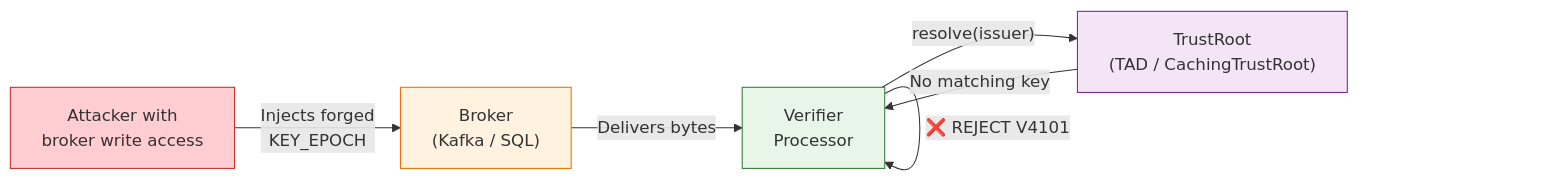
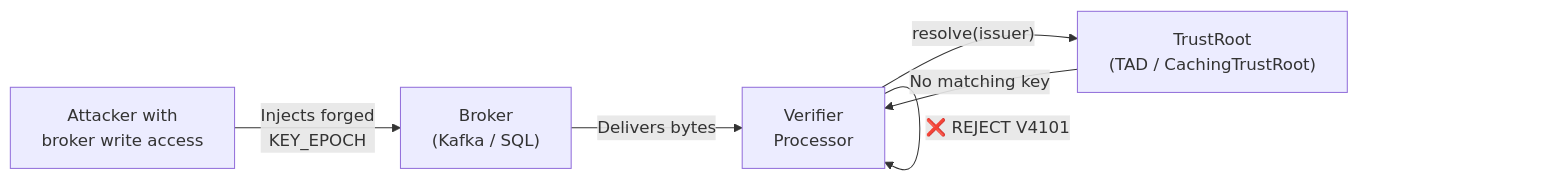
Before and after one commit to cyfko/veridot: the diagram in docs/docs/architecture/security-model.md, drawn with Mermaid. The commit also changed 25 other files, not shown here.

First line of the commit message:
style: remove colorful fill styles from Mermaid diagrams

````diff
--- a/docs/docs/architecture/security-model.md
+++ b/docs/docs/architecture/security-model.md
@@ -16,18 +16,14 @@
 ```mermaid
 graph LR
     Attacker["Attacker with<br/>broker write access"]
     Broker["Broker<br/>(Kafka / SQL)"]
     Verifier["Verifier<br/>Processor"]
     TR["TrustRoot<br/>(TAD / CachingTrustRoot)"]
 
     Attacker -->|"Injects forged<br/>KEY_EPOCH"| Broker
     Broker -->|"Delivers bytes"| Verifier
     Verifier -->|"resolve(issuer)"| TR
     TR -->|"No matching key"| Verifier
     Verifier -->|"❌ REJECT V4101"| Verifier
 
-    style Attacker fill:#ffcdd2,stroke:#c62828
-    style Broker fill:#fff3e0,stroke:#ef6c00
-    style Verifier fill:#e8f5e9,stroke:#2e7d32
-    style TR fill:#f3e5f5,stroke:#7b1fa2
 ```
````
